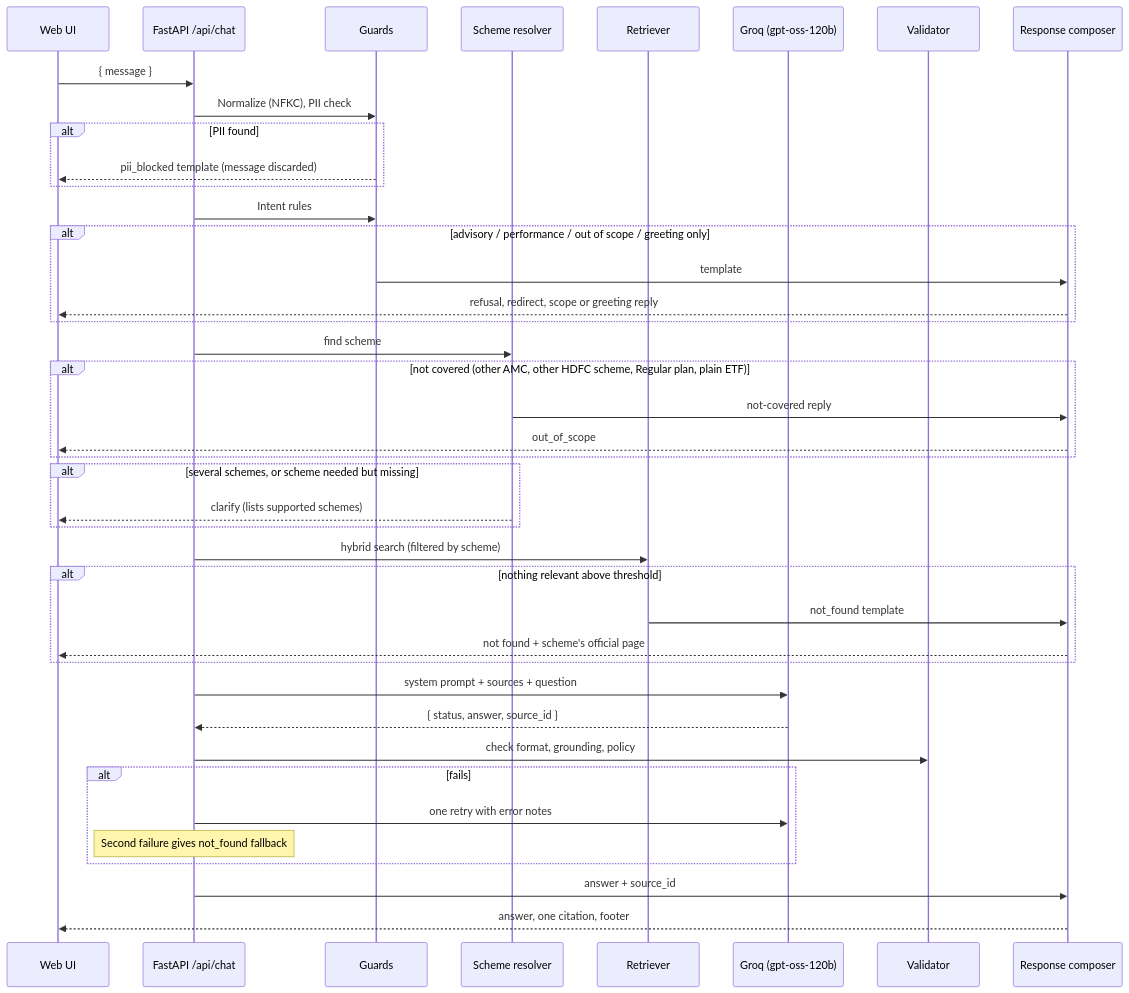
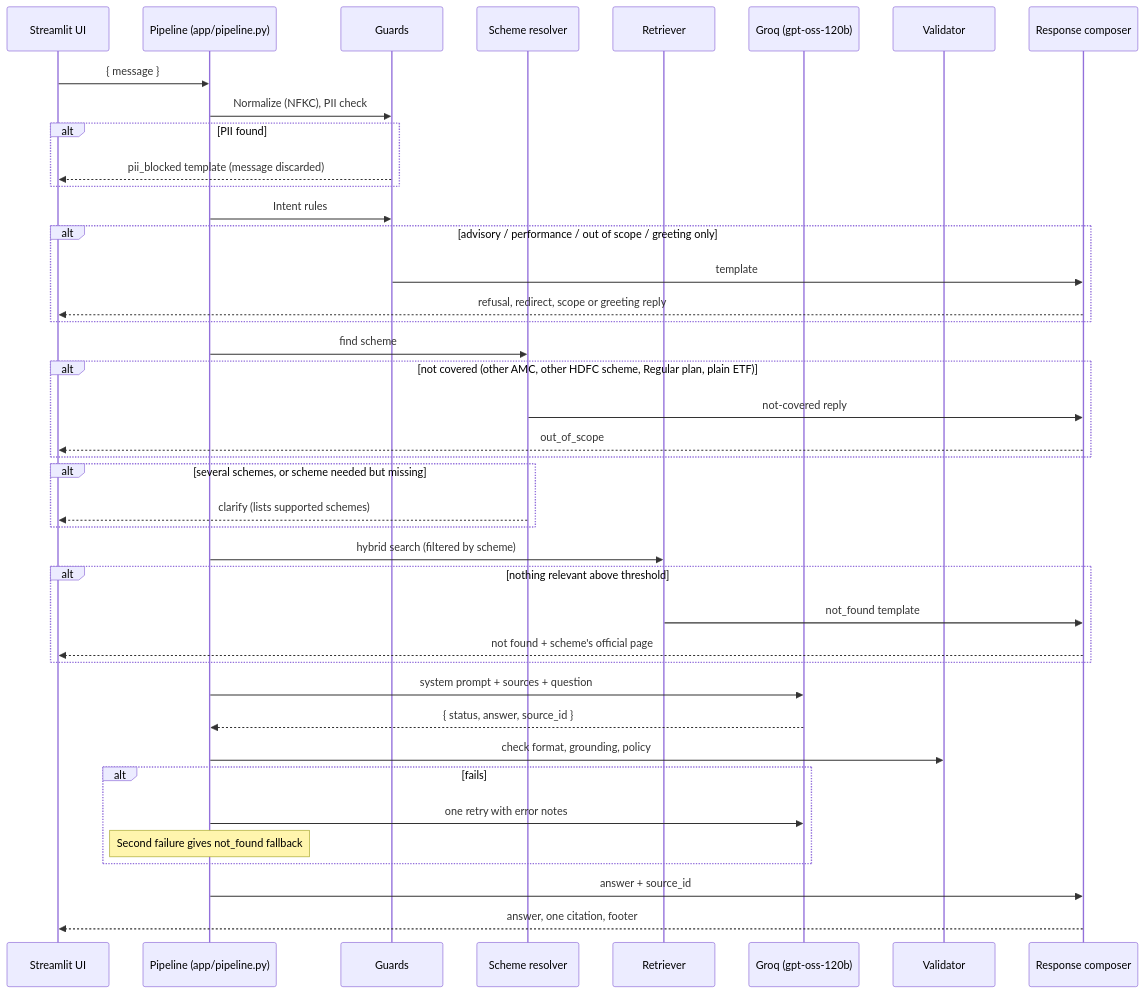
The third of 3 diagrams in docs/architecture.md (akashtickoo/growwChatBot), drawn with Mermaid before and after one commit. The commit also changed other lines of this file and 52 other files, not shown here.

````diff
--- a/docs/architecture.md
+++ b/docs/architecture.md
@@ -307,44 +308,44 @@
 ```mermaid
 sequenceDiagram
-    participant UI as Web UI
-    participant API as FastAPI /api/chat
+    participant UI as Streamlit UI
+    participant API as Pipeline (app/pipeline.py)
     participant G as Guards
     participant SR as Scheme resolver
     participant RT as Retriever
     participant LLM as Groq (gpt-oss-120b)
     participant VAL as Validator
     participant RC as Response composer
 
     UI->>API: { message }
     API->>G: Normalize (NFKC), PII check
     alt PII found
         G-->>UI: pii_blocked template (message discarded)
     end
     API->>G: Intent rules
     alt advisory / performance / out of scope / greeting only
         G->>RC: template
         RC-->>UI: refusal, redirect, scope or greeting reply
     end
     API->>SR: find scheme
     alt not covered (other AMC, other HDFC scheme, Regular plan, plain ETF)
         SR->>RC: not-covered reply
         RC-->>UI: out_of_scope
     end
     alt several schemes, or scheme needed but missing
         SR-->>UI: clarify (lists supported schemes)
     end
     API->>RT: hybrid search (filtered by scheme)
     alt nothing relevant above threshold
         RT->>RC: not_found template
         RC-->>UI: not found + scheme's official page
     end
     API->>LLM: system prompt + sources + question
     LLM-->>API: { status, answer, source_id }
     API->>VAL: check format, grounding, policy
     alt fails
         API->>LLM: one retry with error notes
         Note over API: Second failure gives not_found fallback
     end
     API->>RC: answer + source_id
     RC-->>UI: answer, one citation, footer
 ```
````
